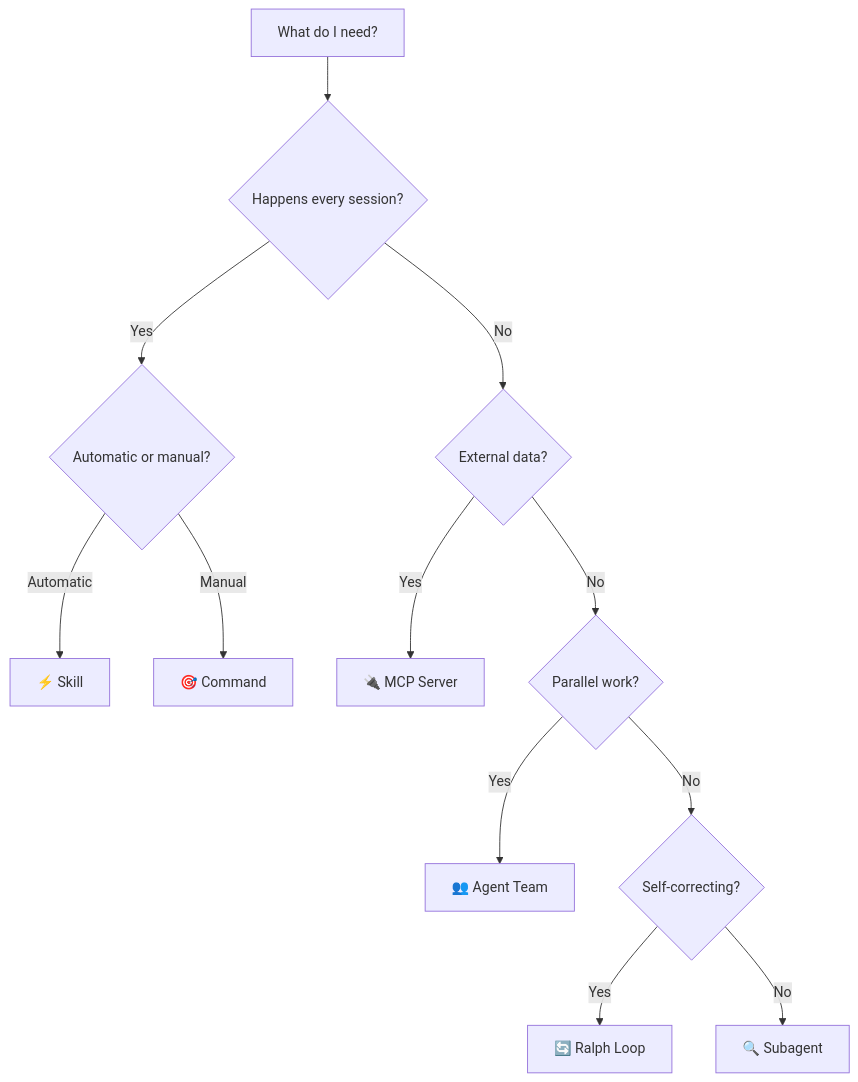
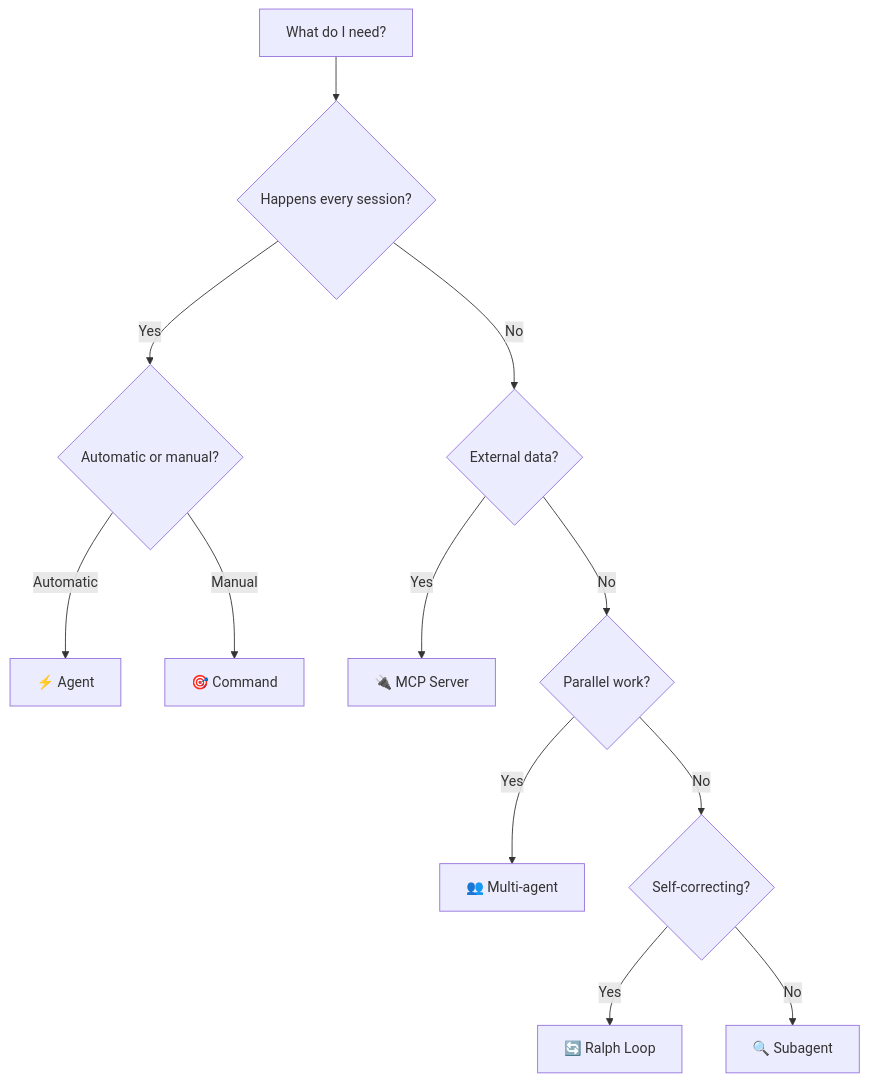
One commit to mariusjcb/gh-agentic-code-guides changed the diagram in appendix/A-cheat-sheet.md. Above: the diagram before and after it, drawn with Mermaid. The commit also changed other lines of this file and 1 other file, not shown here.

````diff
--- a/appendix/A-cheat-sheet.md
+++ b/appendix/A-cheat-sheet.md
@@ -39,18 +41,18 @@
 ```mermaid
 flowchart TD
     A["What do I need?"] --> B{"Happens every session?"}
     B -->|Yes| C{"Automatic or manual?"}
     B -->|No| D{"External data?"}
 
-    C -->|Automatic| E["⚡ Skill"]
+    C -->|Automatic| E["⚡ Agent"]
     C -->|Manual| F["🎯 Command"]
 
     D -->|Yes| G["🔌 MCP Server"]
     D -->|No| H{"Parallel work?"}
 
-    H -->|Yes| I["👥 Agent Team"]
+    H -->|Yes| I["👥 Multi-agent"]
     H -->|No| J{"Self-correcting?"}
 
     J -->|Yes| K["🔄 Ralph Loop"]
     J -->|No| L["🔍 Subagent"]
 ```
````
